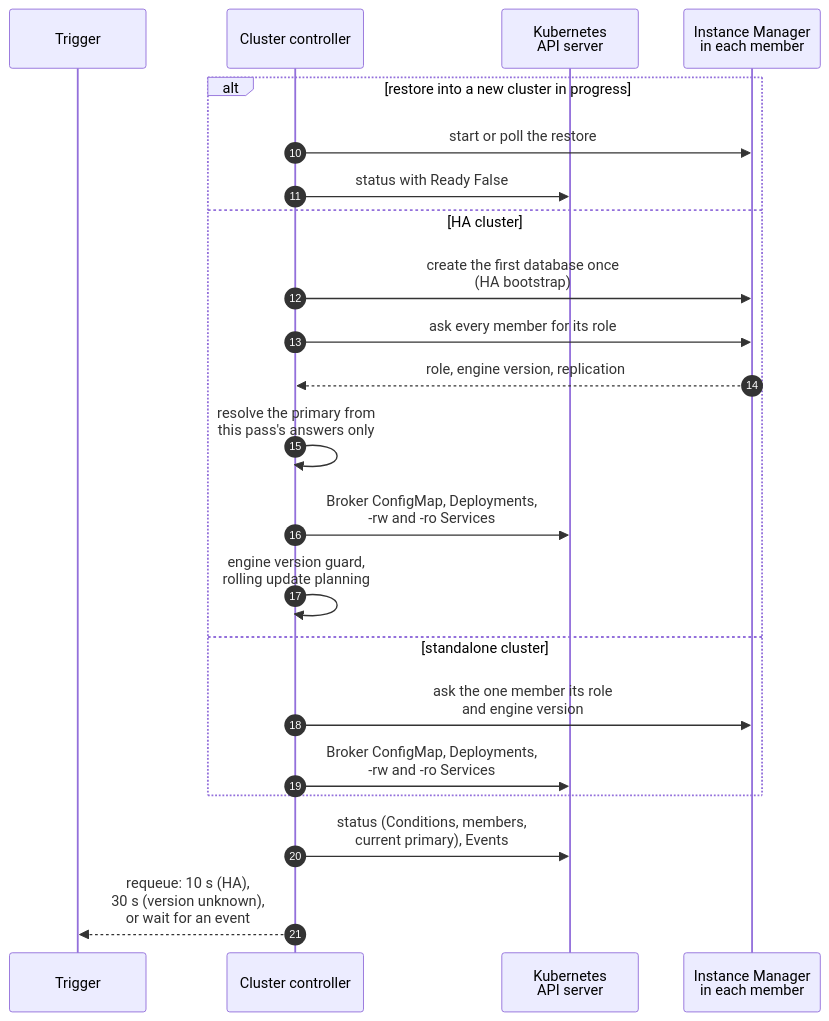
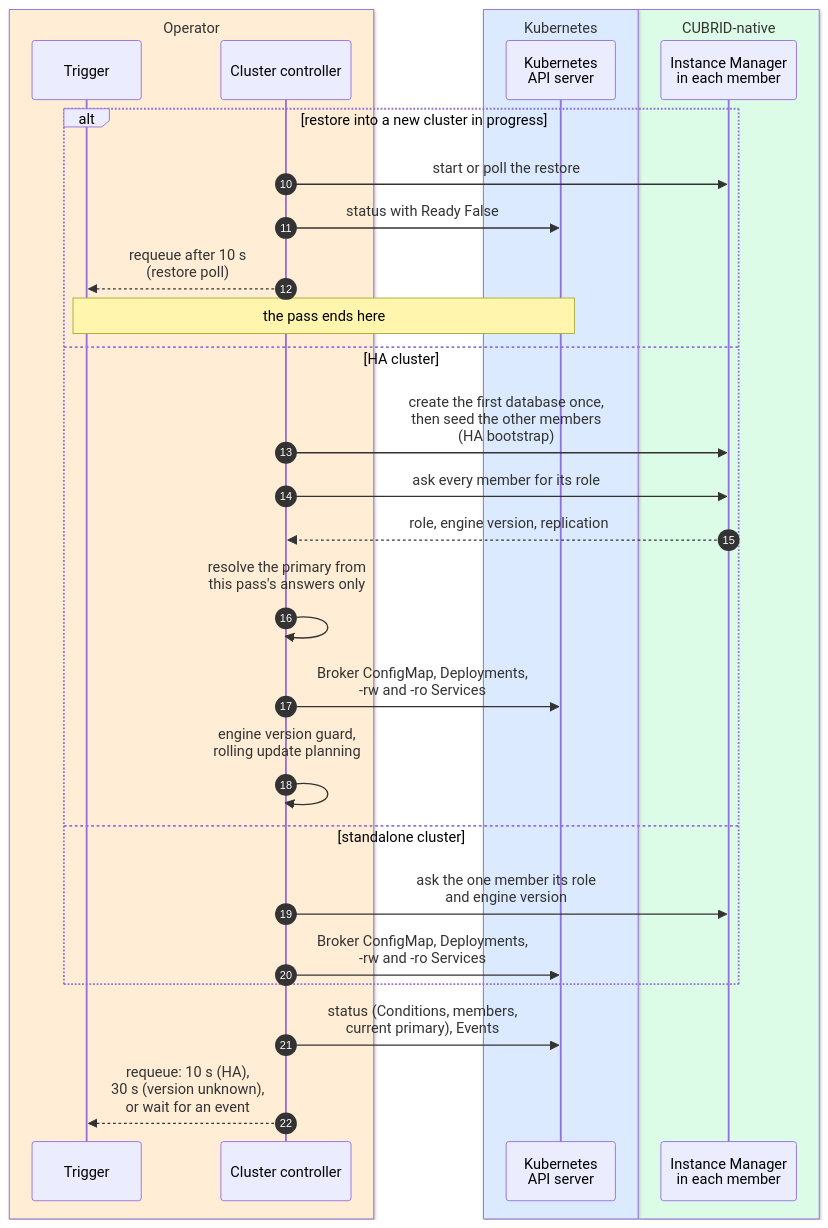
One commit to cubrid-lab/cubrid-kubernetes-operator changed the second of 3 diagrams in docs/architecture/reconciliation.md. Above: the diagram before and after it, drawn with Mermaid. The commit also changed other lines of this file and 4 other files, not shown here.

First line of the commit message:
docs(architecture): address review of the diagram rework

````diff
--- a/docs/architecture/reconciliation.md
+++ b/docs/architecture/reconciliation.md
@@ -52,25 +58,34 @@
 ```mermaid
+%%{init: {"sequence": {"actorMargin": 30, "width": 120}}}%%
 sequenceDiagram
     autonumber 10
-    participant T as Trigger
-    participant CC as Cluster controller
-    participant API as Kubernetes<br/>API server
-    participant IM as Instance Manager<br/>in each member
+    box rgb(255,237,213) Operator
+        participant T as Trigger
+        participant CC as Cluster controller
+    end
+    box rgb(219,234,254) Kubernetes
+        participant API as Kubernetes<br/>API server
+    end
+    box rgb(220,252,231) CUBRID-native
+        participant IM as Instance Manager<br/>in each member
+    end
 
     alt restore into a new cluster in progress
         CC->>IM: start or poll the restore
         CC->>API: status with Ready False
+        CC-->>T: requeue after 10 s<br/>(restore poll)
+        Note over T,API: the pass ends here
     else HA cluster
-        CC->>IM: create the first database once<br/>(HA bootstrap)
+        CC->>IM: create the first database once,<br/>then seed the other members<br/>(HA bootstrap)
         CC->>IM: ask every member for its role
         IM-->>CC: role, engine version, replication
-        CC->>CC: resolve the primary from<br/>this pass's answers only
+        CC->>CC: resolve the primary from<br/>this pass's answers only<br/>#nbsp;
         CC->>API: Broker ConfigMap, Deployments,<br/>-rw and -ro Services
-        CC->>CC: engine version guard,<br/>rolling update planning
+        CC->>CC: engine version guard,<br/>rolling update planning<br/>#nbsp;
     else standalone cluster
         CC->>IM: ask the one member its role<br/>and engine version
         CC->>API: Broker ConfigMap, Deployments,<br/>-rw and -ro Services
     end
     CC->>API: status (Conditions, members,<br/>current primary), Events
     CC-->>T: requeue: 10 s (HA),<br/>30 s (version unknown),<br/>or wait for an event
 ```
````
